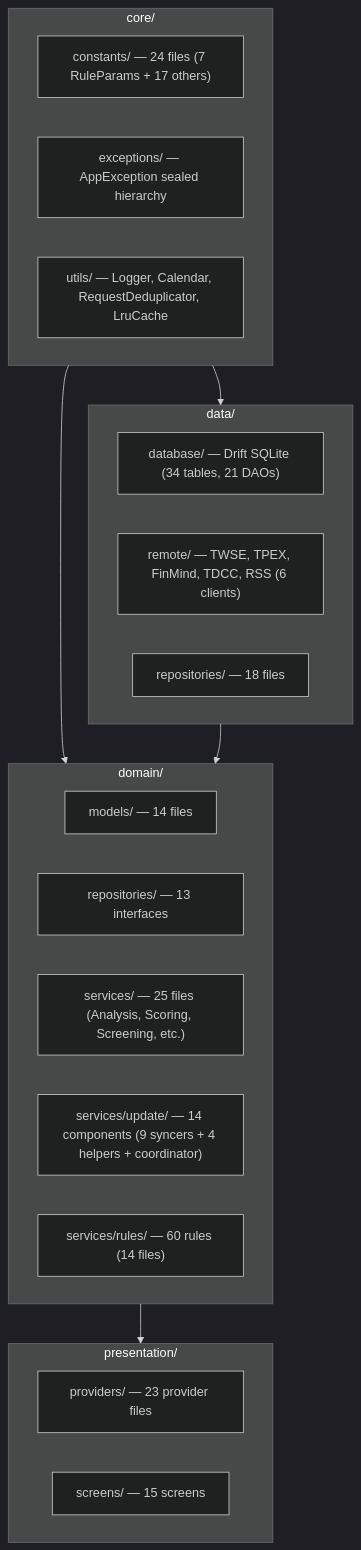
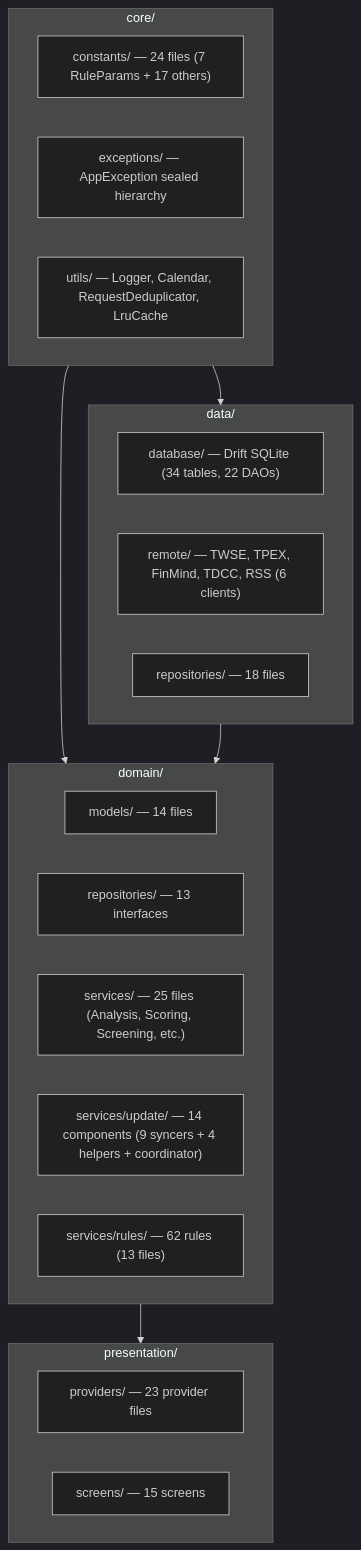
One commit to Neal75418/afterclose changed the second of 4 diagrams in CLAUDE.md. Above: the diagram before and after it, drawn with Mermaid. The commit also changed other lines of this file and 3 other files, not shown here.

````diff
--- a/CLAUDE.md
+++ b/CLAUDE.md
@@ -55,33 +55,33 @@
 ```mermaid
 %%{init: {'theme': 'dark'}}%%
 flowchart TB
     subgraph Core["core/"]
         Constants["constants/ — 24 files (7 RuleParams + 17 others)"]
         Exceptions["exceptions/ — AppException sealed hierarchy"]
         Utils["utils/ — Logger, Calendar, RequestDeduplicator, LruCache"]
     end
 
     subgraph Data["data/"]
-        Database["database/ — Drift SQLite (34 tables, 21 DAOs)"]
+        Database["database/ — Drift SQLite (34 tables, 22 DAOs)"]
         Remote["remote/ — TWSE, TPEX, FinMind, TDCC, RSS (6 clients)"]
         Repos["repositories/ — 18 files"]
     end
 
     subgraph Domain["domain/"]
         Models["models/ — 14 files"]
         RepoIF["repositories/ — 13 interfaces"]
         Services["services/ — 25 files (Analysis, Scoring, Screening, etc.)"]
         Update["services/update/ — 14 components (9 syncers + 4 helpers + coordinator)"]
-        Rules["services/rules/ — 60 rules (14 files)"]
+        Rules["services/rules/ — 62 rules (13 files)"]
     end
 
     subgraph Presentation["presentation/"]
         Providers["providers/ — 23 provider files"]
         Screens["screens/ — 15 screens"]
     end
 
     Core --> Data
     Core --> Domain
     Data --> Domain
     Domain --> Presentation
 ```
````
